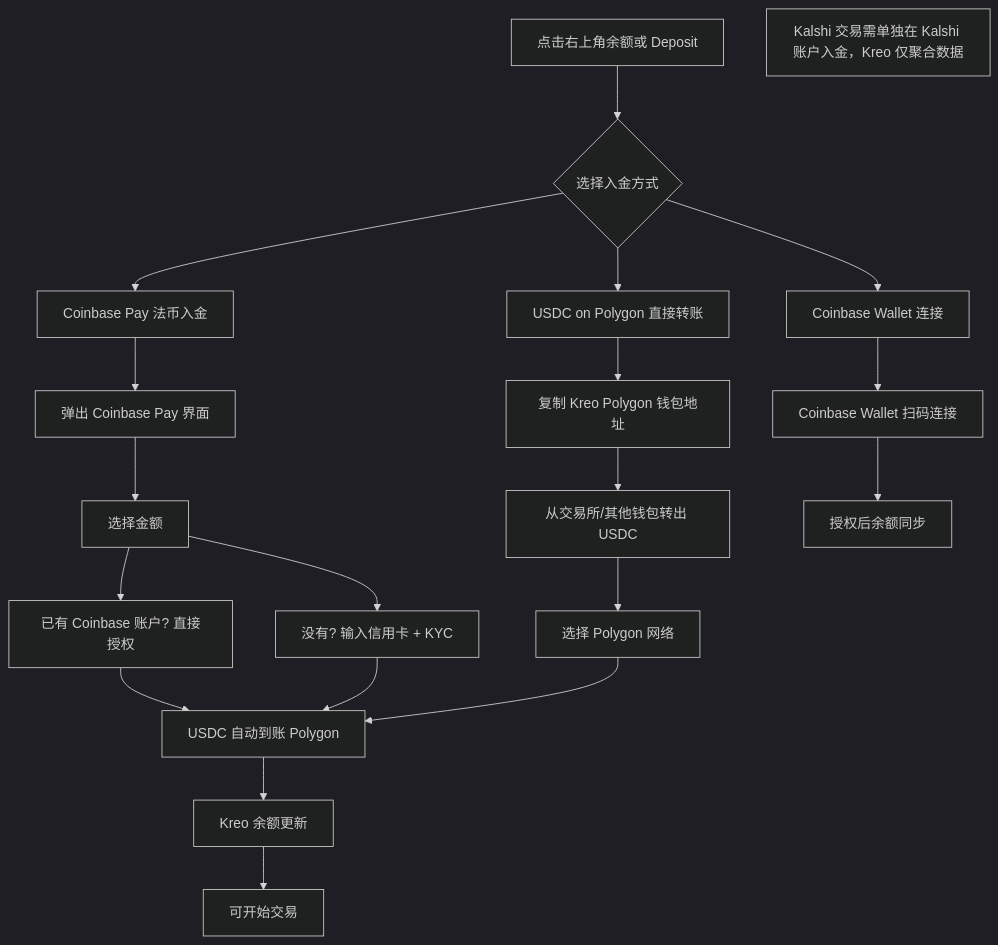
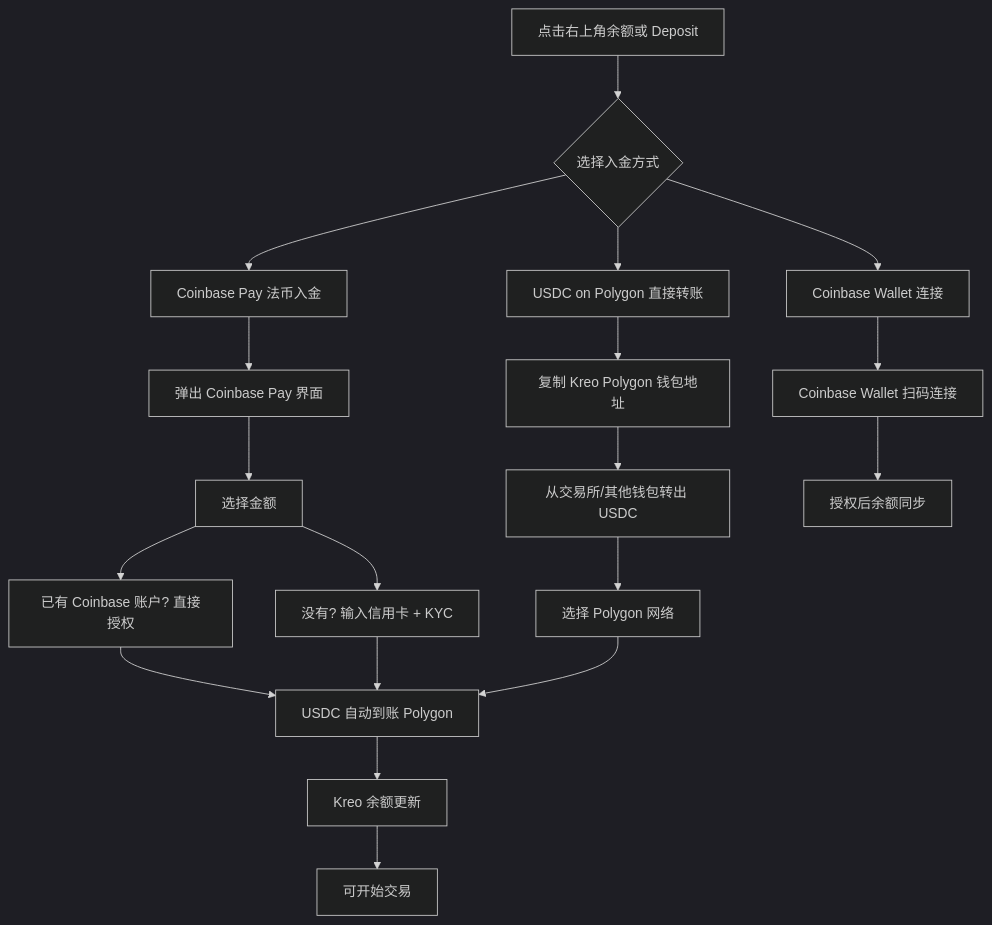
Before and after one commit to survivorff/polymarket_research: the second of 17 diagrams in research/07_kreo/analysis.md, drawn with Mermaid (dark theme). The commit also changed other lines of this file and 11 other files, not shown here.

First line of the commit message:
修复所有 Mermaid 语法错误，确保流程图可正常渲染

````diff
--- a/research/07_kreo/analysis.md
+++ b/research/07_kreo/analysis.md
@@ -55,26 +55,26 @@
 ```mermaid
 flowchart TD
     A[点击右上角余额或 Deposit] --> B{选择入金方式}
     B --> C[Coinbase Pay 法币入金]
     B --> D[USDC on Polygon 直接转账]
     B --> E[Coinbase Wallet 连接]
 
     C --> C1[弹出 Coinbase Pay 界面]
     C1 --> C2[选择金额]
     C2 --> C3[已有 Coinbase 账户? 直接授权]
     C2 --> C4[没有? 输入信用卡 + KYC]
     C3 --> C5[USDC 自动到账 Polygon]
     C4 --> C5
 
     D --> D1[复制 Kreo Polygon 钱包地址]
     D1 --> D2[从交易所/其他钱包转出 USDC]
     D2 --> D3[选择 Polygon 网络]
     D3 --> C5
 
     E --> E1[Coinbase Wallet 扫码连接]
     E1 --> E2[授权后余额同步]
 
     C5 --> F[Kreo 余额更新]
     F --> G[可开始交易]
-    note1[Kalshi 交易需单独在 Kalshi 账户入金，Kreo 仅聚合数据]
+    %% 注: Kalshi 交易需单独在 Kalshi 账户入金，Kreo 仅聚合数据
 ```
````
